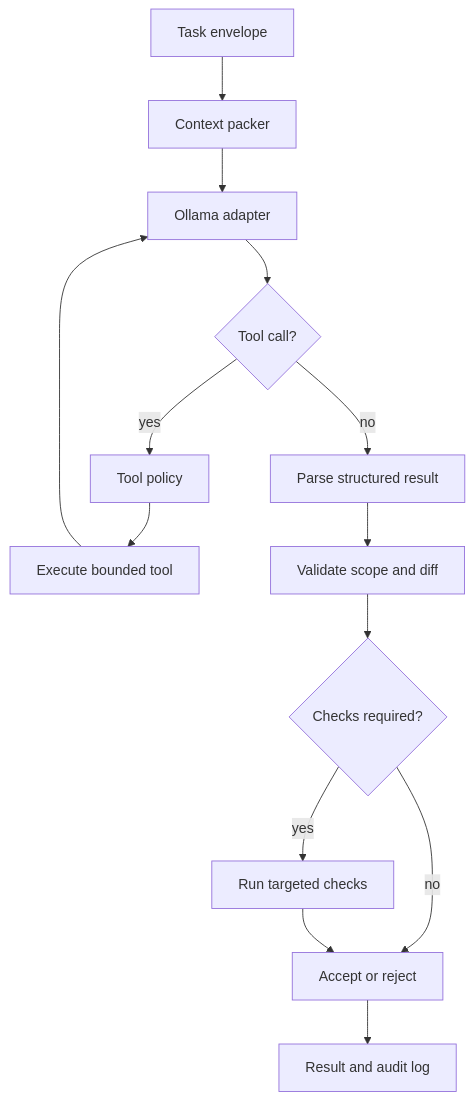
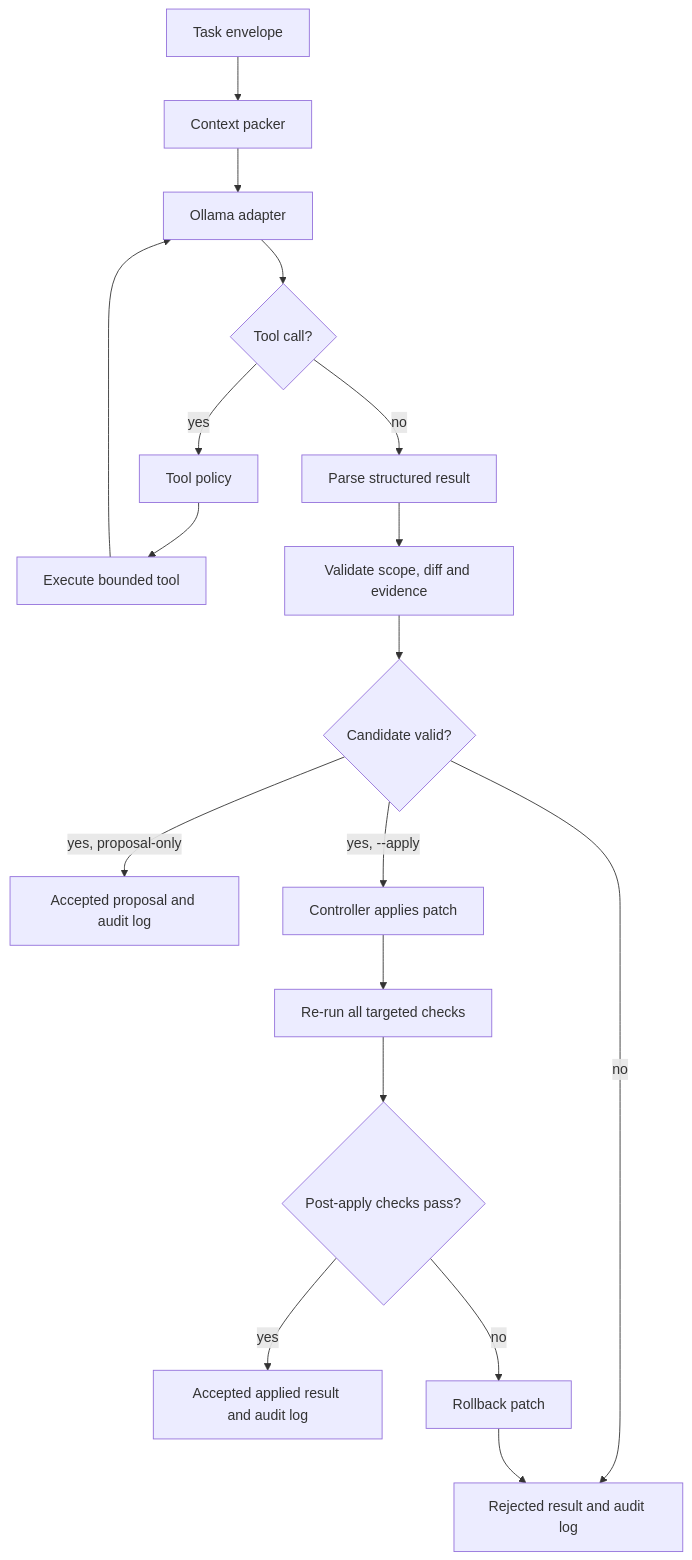
Before and after one commit to pvnc228/codex-local-coding-agent: the diagram in docs/ARCHITECTURE.md, drawn with Mermaid. The commit also changed other lines of this file and 16 other files, not shown here.

```diff
--- a/docs/ARCHITECTURE.md
+++ b/docs/ARCHITECTURE.md
@@ -26,16 +26,20 @@
 ~~~mermaid
 flowchart TD
     A["Task envelope"] --> B["Context packer"]
     B --> C["Ollama adapter"]
     C --> D{"Tool call?"}
     D -- "yes" --> E["Tool policy"]
     E --> F["Execute bounded tool"]
     F --> C
     D -- "no" --> G["Parse structured result"]
-    G --> H["Validate scope and diff"]
-    H --> I{"Checks required?"}
-    I -- "yes" --> J["Run targeted checks"]
-    I -- "no" --> K["Accept or reject"]
-    J --> K
-    K --> L["Result and audit log"]
+    G --> H["Validate scope, diff and evidence"]
+    H --> I{"Candidate valid?"}
+    I -- "no" --> L["Rejected result and audit log"]
+    I -- "yes, proposal-only" --> L2["Accepted proposal and audit log"]
+    I -- "yes, --apply" --> J["Controller applies patch"]
+    J --> K["Re-run all targeted checks"]
+    K --> M{"Post-apply checks pass?"}
+    M -- "yes" --> L3["Accepted applied result and audit log"]
+    M -- "no" --> R["Rollback patch"]
+    R --> L
 ~~~
```
